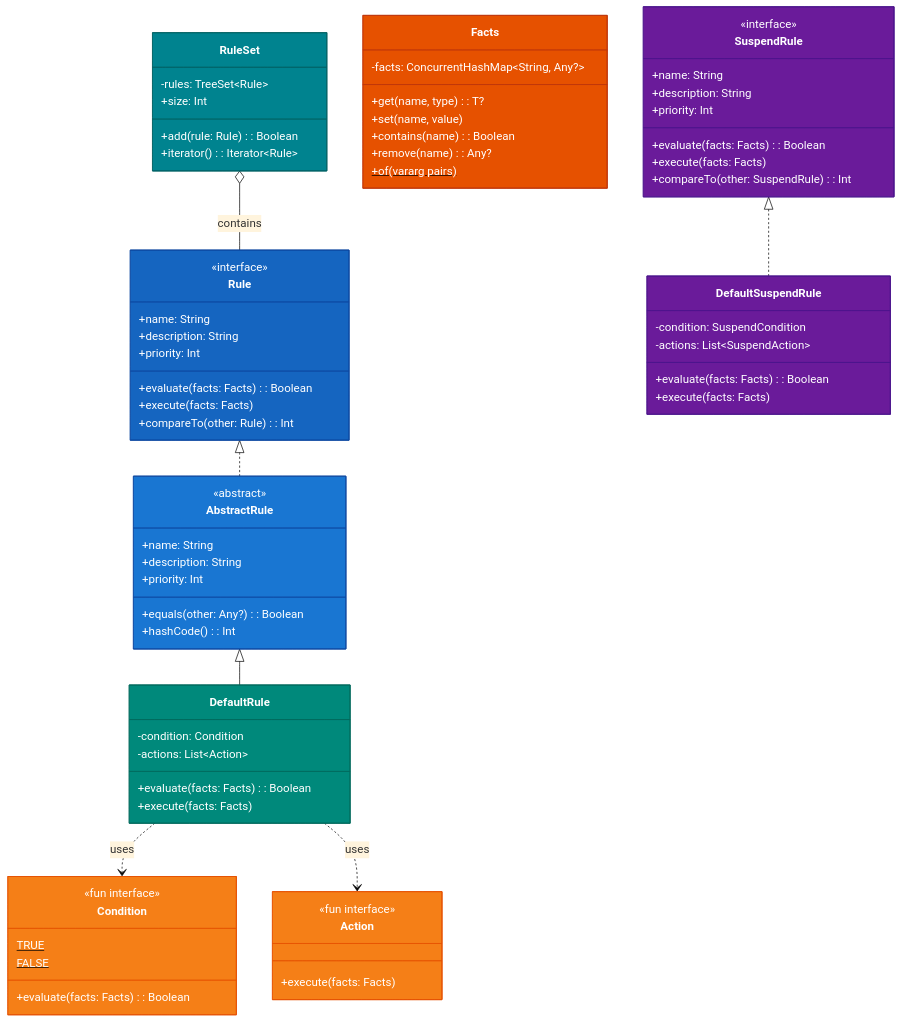
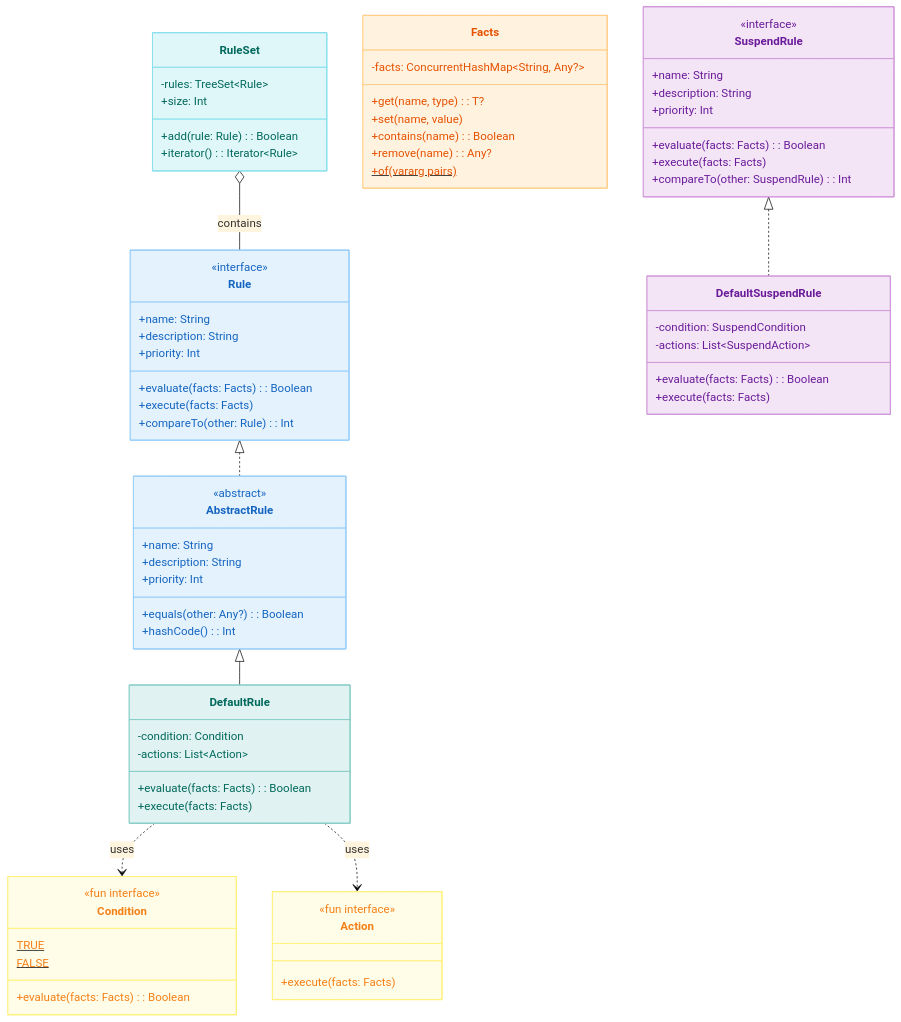
One commit to bluetape4k/bluetape4k-projects changed the second of 8 diagrams in utils/rule-engine/README.ko.md. Above: the diagram before and after it, drawn with Mermaid (base theme). The commit also changed other lines of this file and 219 other files, not shown here.

First line of the commit message:
docs: 전체 README Mermaid 다이어그램 가이드 적용

````diff
--- a/utils/rule-engine/README.ko.md
+++ b/utils/rule-engine/README.ko.md
@@ -124,13 +124,13 @@
     SuspendRule <|.. DefaultSuspendRule
     RuleSet o-- Rule : contains
 
-    style Rule fill:#1565C0,stroke:#0D47A1,color:#FFFFFF
-    style SuspendRule fill:#6A1B9A,stroke:#4A148C,color:#FFFFFF
-    style AbstractRule fill:#1976D2,stroke:#0D47A1,color:#FFFFFF
-    style DefaultRule fill:#00897B,stroke:#00695C,color:#FFFFFF
-    style DefaultSuspendRule fill:#6A1B9A,stroke:#4A148C,color:#FFFFFF
-    style Condition fill:#F57F17,stroke:#E65100,color:#FFFFFF
-    style Action fill:#F57F17,stroke:#E65100,color:#FFFFFF
-    style Facts fill:#E65100,stroke:#BF360C,color:#FFFFFF
-    style RuleSet fill:#00838F,stroke:#006064,color:#FFFFFF
+    style Rule fill:#E3F2FD,stroke:#90CAF9,color:#1565C0
+    style SuspendRule fill:#F3E5F5,stroke:#CE93D8,color:#6A1B9A
+    style AbstractRule fill:#E3F2FD,stroke:#90CAF9,color:#1565C0
+    style DefaultRule fill:#E0F2F1,stroke:#80CBC4,color:#00695C
+    style DefaultSuspendRule fill:#F3E5F5,stroke:#CE93D8,color:#6A1B9A
+    style Condition fill:#FFFDE7,stroke:#FFF176,color:#F57F17
+    style Action fill:#FFFDE7,stroke:#FFF176,color:#F57F17
+    style Facts fill:#FFF3E0,stroke:#FFCC80,color:#E65100
+    style RuleSet fill:#E0F7FA,stroke:#80DEEA,color:#00695C
 ```
````
